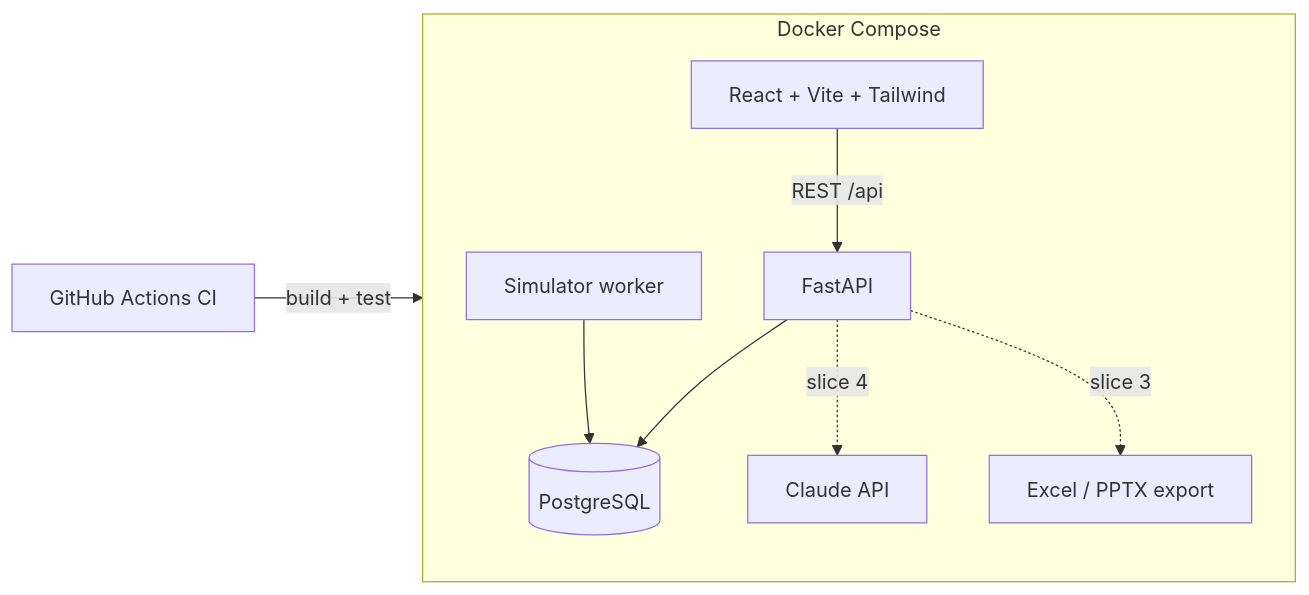
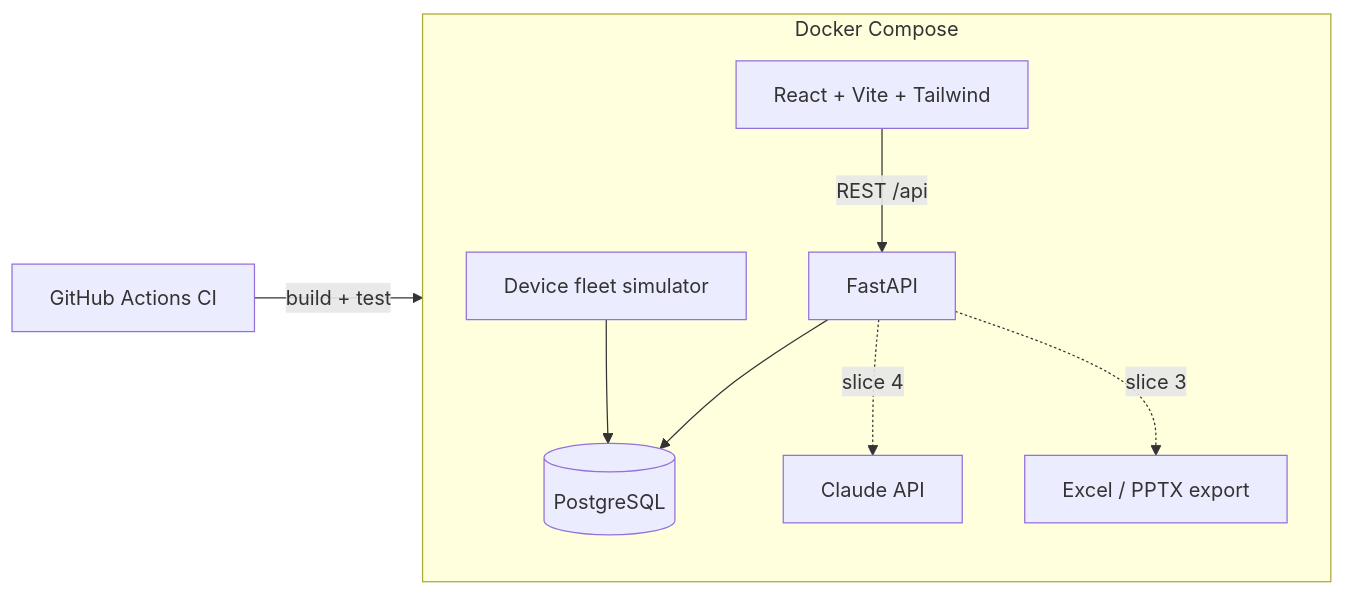
Before and after one commit to dennisriverab28/PlantPulse: the diagram in README.md, drawn with Mermaid. The commit also changed other lines of this file and 22 other files, not shown here.

First line of the commit message:
Retarget domain to embedded device fleet

````diff
--- a/README.md
+++ b/README.md
@@ -45,11 +50,11 @@
 ```mermaid
 flowchart LR
     subgraph compose [Docker Compose]
         FE[React + Vite + Tailwind] -->|REST /api| BE[FastAPI]
-        SIM[Simulator worker] --> DB[(PostgreSQL)]
+        SIM[Device fleet simulator] --> DB[(PostgreSQL)]
         BE --> DB
         BE -.->|slice 4| AI[Claude API]
         BE -.->|slice 3| XP[Excel / PPTX export]
     end
     GH[GitHub Actions CI] -->|build + test| compose
 ```
````
